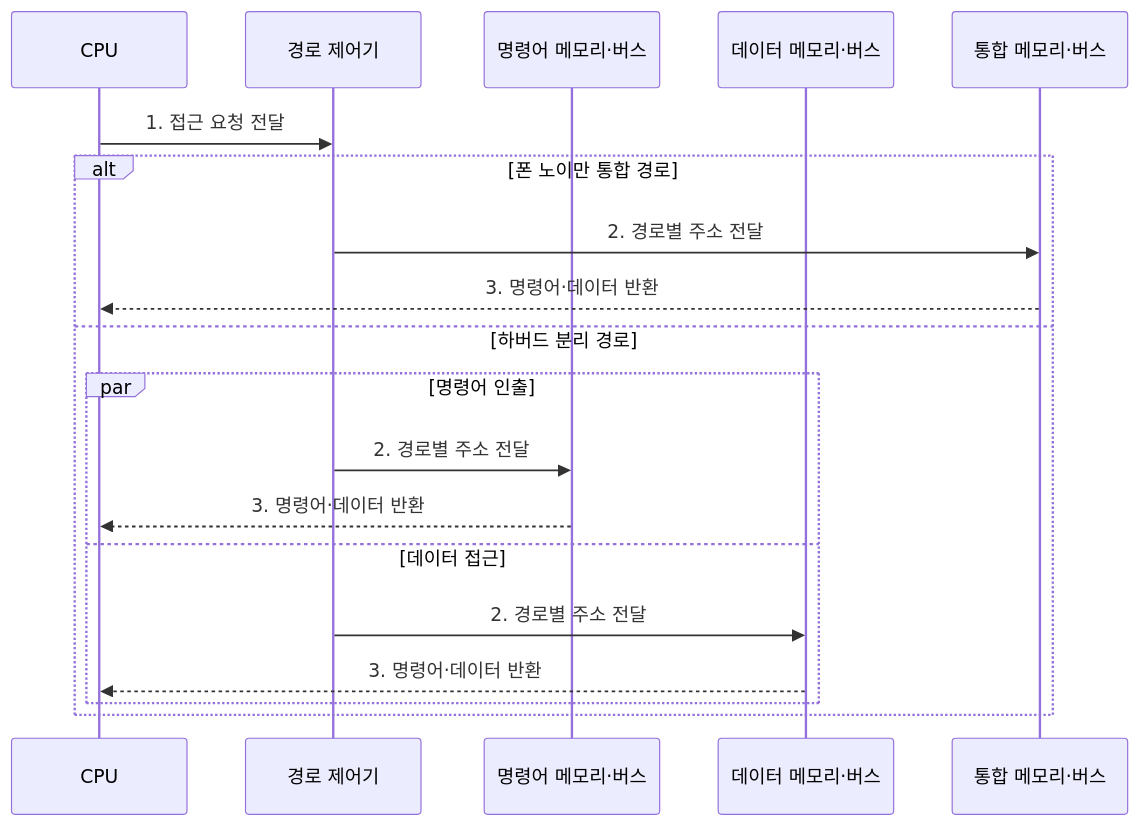
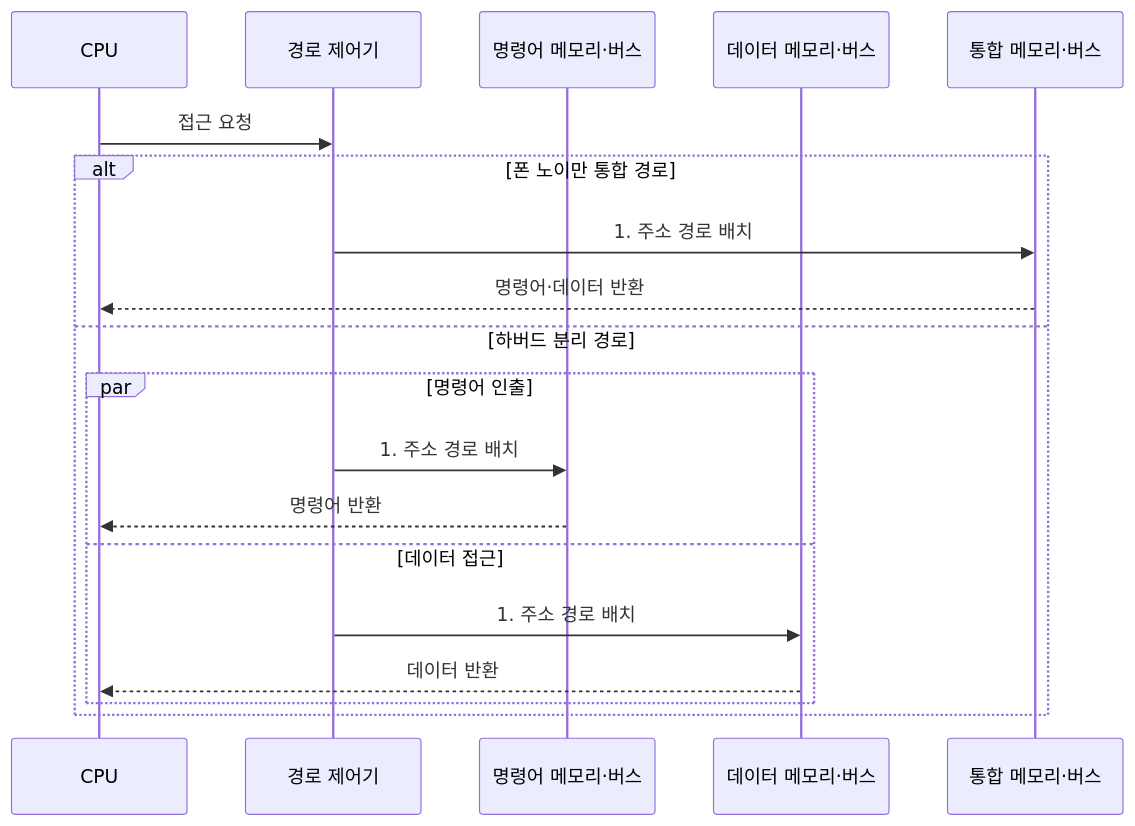
Before and after one commit to agnusdei1207/knowledge-base: the second of 2 diagrams in src/content/docs/notes/02-hardware/001_von_neumann_vs_harvard.md, drawn with Mermaid. The commit also changed other lines of this file and 15 other files, not shown here.

````diff
--- a/src/content/docs/notes/02-hardware/001_von_neumann_vs_harvard.md
+++ b/src/content/docs/notes/02-hardware/001_von_neumann_vs_harvard.md
@@ -82,21 +82,21 @@
 ```mermaid
 sequenceDiagram
     participant C as CPU
     participant P as 경로 제어기
     participant I as 명령어 메모리·버스
     participant D as 데이터 메모리·버스
     participant M as 통합 메모리·버스
-    C->>P: 1. 접근 요청 전달
+    C->>P: 접근 요청
     alt 폰 노이만 통합 경로
-        P->>M: 2. 경로별 주소 전달
-        M-->>C: 3. 명령어·데이터 반환
+        P->>M: 1. 주소 경로 배치
+        M-->>C: 명령어·데이터 반환
     else 하버드 분리 경로
         par 명령어 인출
-            P->>I: 2. 경로별 주소 전달
-            I-->>C: 3. 명령어·데이터 반환
+            P->>I: 1. 주소 경로 배치
+            I-->>C: 명령어 반환
         and 데이터 접근
-            P->>D: 2. 경로별 주소 전달
-            D-->>C: 3. 명령어·데이터 반환
+            P->>D: 1. 주소 경로 배치
+            D-->>C: 데이터 반환
         end
     end
 ```
````
